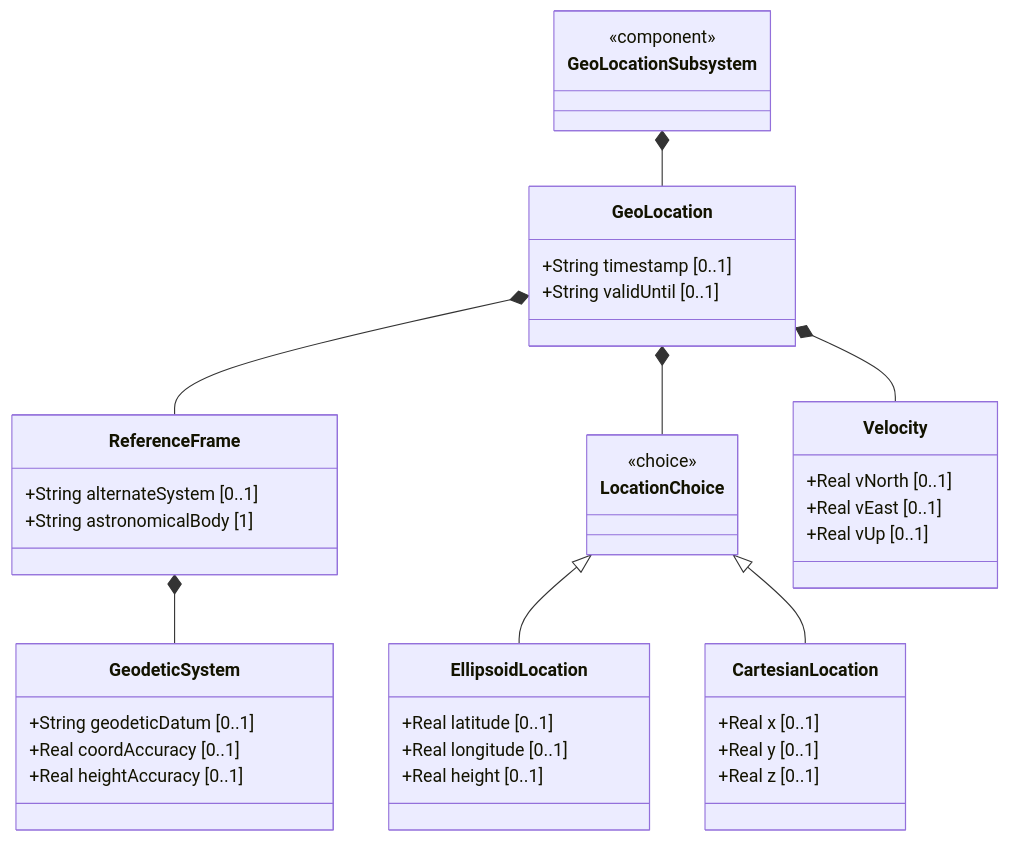
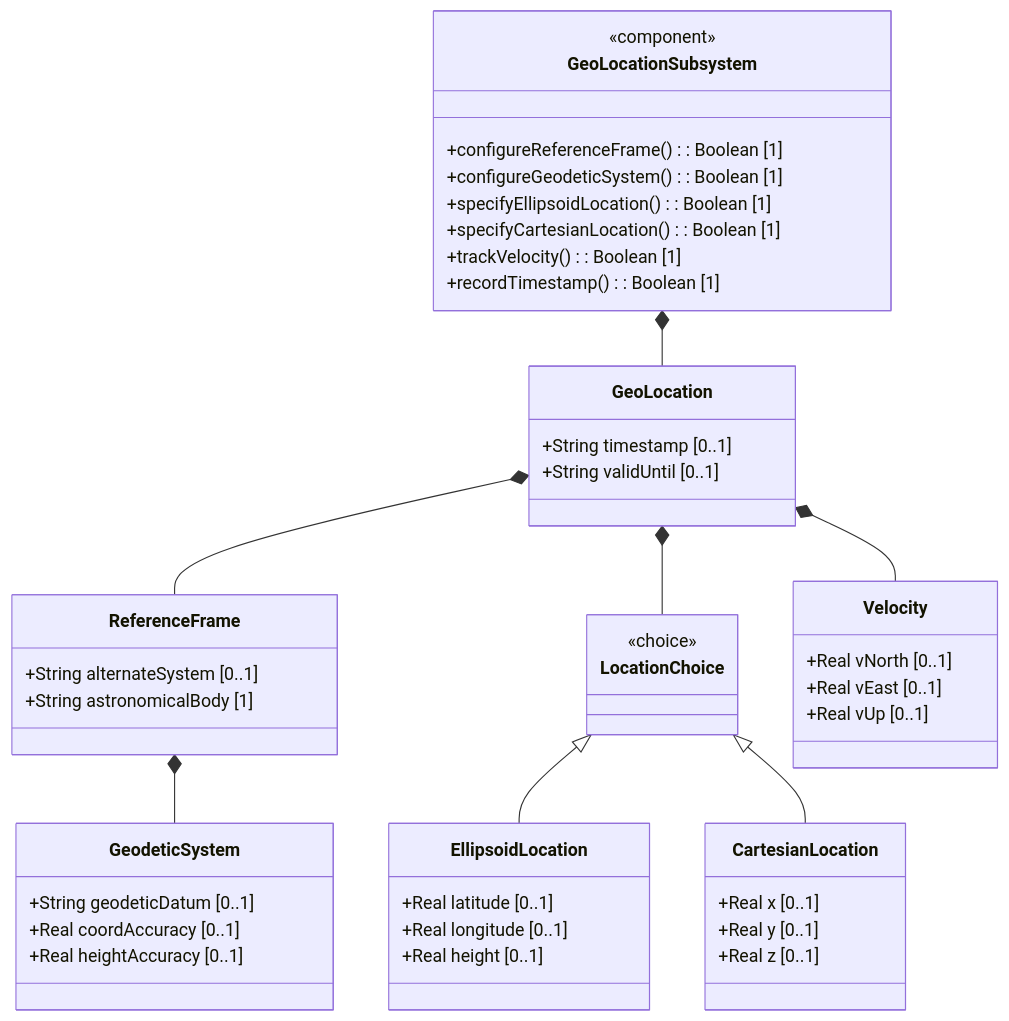
One commit to gintatkinson/dep-tst40 changed the first of 2 diagrams in docs/epics/epic-01-ietf-geo-location.md. Above: the diagram before and after it, drawn with Mermaid. The commit also changed other lines of this file and 10 other files, not shown here.

First line of the commit message:
docs: fix UML compliance — placeholders, multiplicities, return messages, operations

````diff
--- a/docs/epics/epic-01-ietf-geo-location.md
+++ b/docs/epics/epic-01-ietf-geo-location.md
@@ -58,44 +44,50 @@
 ```mermaid
 classDiagram
     class GeoLocationSubsystem {
         <<component>>
+        +configureReferenceFrame() : Boolean [1]
+        +configureGeodeticSystem() : Boolean [1]
+        +specifyEllipsoidLocation() : Boolean [1]
+        +specifyCartesianLocation() : Boolean [1]
+        +trackVelocity() : Boolean [1]
+        +recordTimestamp() : Boolean [1]
     }
     class GeoLocation {
         +String timestamp [0..1]
         +String validUntil [0..1]
     }
     class ReferenceFrame {
         +String alternateSystem [0..1]
         +String astronomicalBody [1]
     }
     class GeodeticSystem {
         +String geodeticDatum [0..1]
         +Real coordAccuracy [0..1]
         +Real heightAccuracy [0..1]
     }
     class LocationChoice {
         <<choice>>
     }
     class EllipsoidLocation {
         +Real latitude [0..1]
         +Real longitude [0..1]
         +Real height [0..1]
     }
     class CartesianLocation {
         +Real x [0..1]
         +Real y [0..1]
         +Real z [0..1]
     }
     class Velocity {
         +Real vNorth [0..1]
         +Real vEast [0..1]
         +Real vUp [0..1]
     }
     GeoLocationSubsystem *-- GeoLocation
     GeoLocation *-- ReferenceFrame
     ReferenceFrame *-- GeodeticSystem
     GeoLocation *-- LocationChoice
     LocationChoice <|-- EllipsoidLocation
     LocationChoice <|-- CartesianLocation
     GeoLocation *-- Velocity
 ```
````
